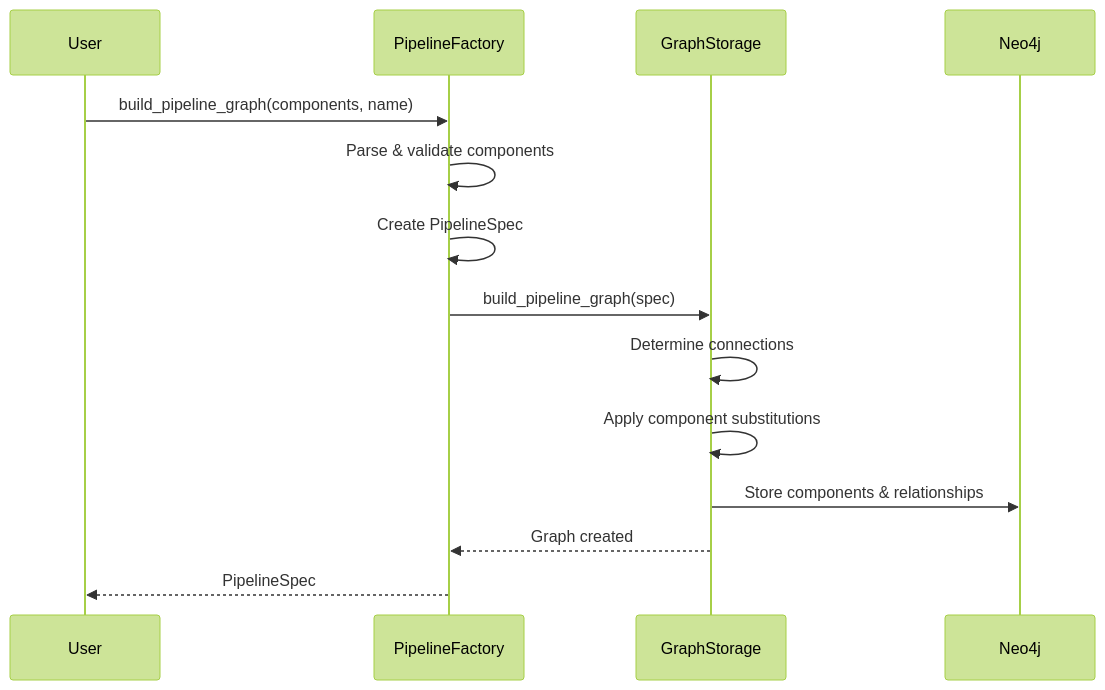
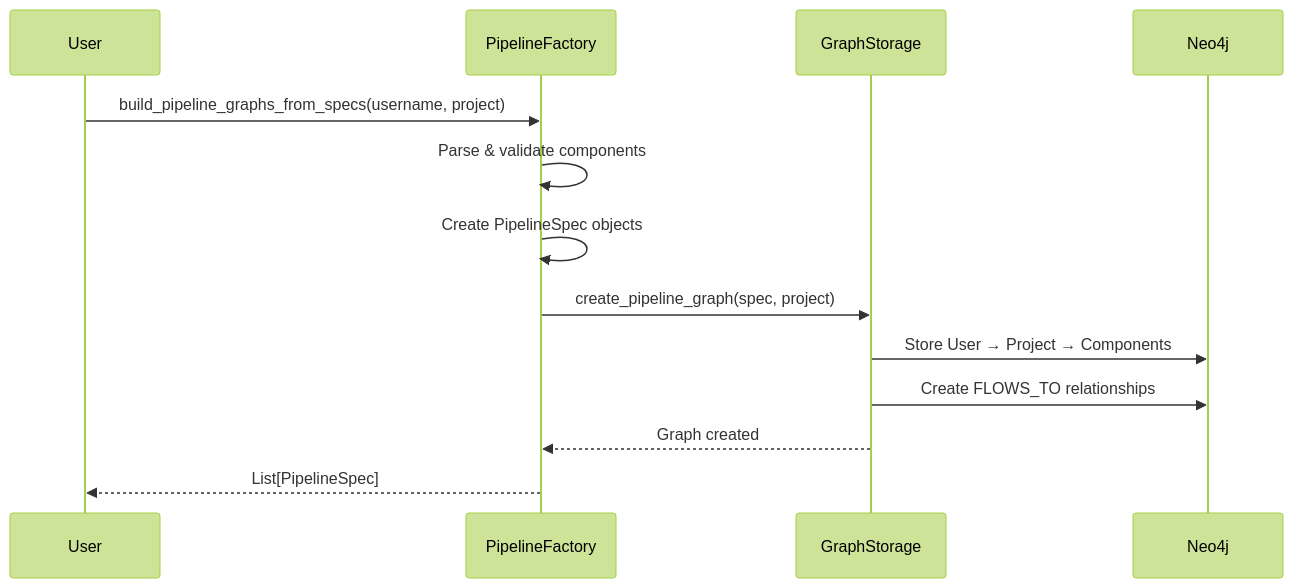
Before and after one commit to arkhai-io/agentic-rag-green: the second of 3 diagrams in agentic_rag/pipeline/README.md, drawn with Mermaid (forest theme). The commit also changed other lines of this file and 2 other files, not shown here.

Commit message:
- Update READMEs with project hierarchy documentation

````diff
--- a/agentic_rag/pipeline/README.md
+++ b/agentic_rag/pipeline/README.md
@@ -112,17 +106,16 @@
 ```mermaid
 sequenceDiagram
     participant U as User
     participant F as PipelineFactory
     participant S as GraphStorage
     participant N as Neo4j
 
-    U->>F: build_pipeline_graph(components, name)
+    U->>F: build_pipeline_graphs_from_specs(username, project)
     F->>F: Parse & validate components
-    F->>F: Create PipelineSpec
-    F->>S: build_pipeline_graph(spec)
-    S->>S: Determine connections
-    S->>S: Apply component substitutions
-    S->>N: Store components & relationships
+    F->>F: Create PipelineSpec objects
+    F->>S: create_pipeline_graph(spec, project)
+    S->>N: Store User → Project → Components
+    S->>N: Create FLOWS_TO relationships
     S-->>F: Graph created
-    F-->>U: PipelineSpec
+    F-->>U: List[PipelineSpec]
 ```
````
